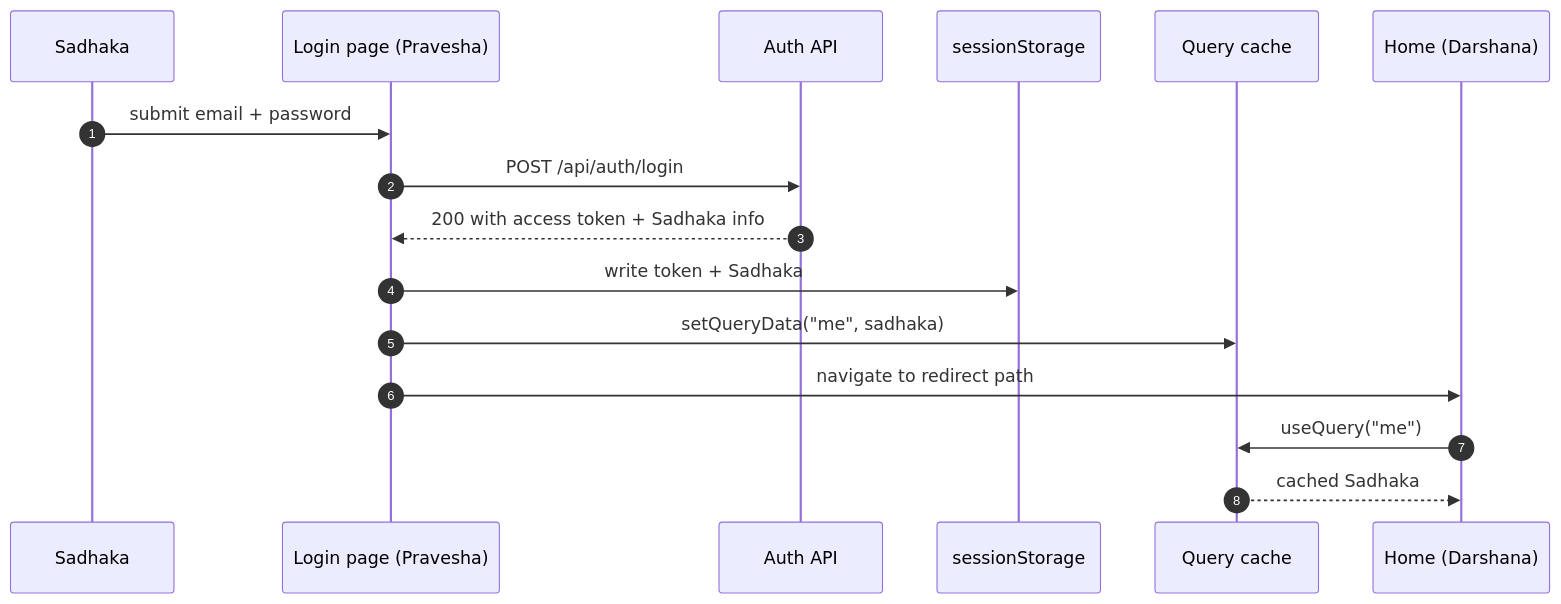
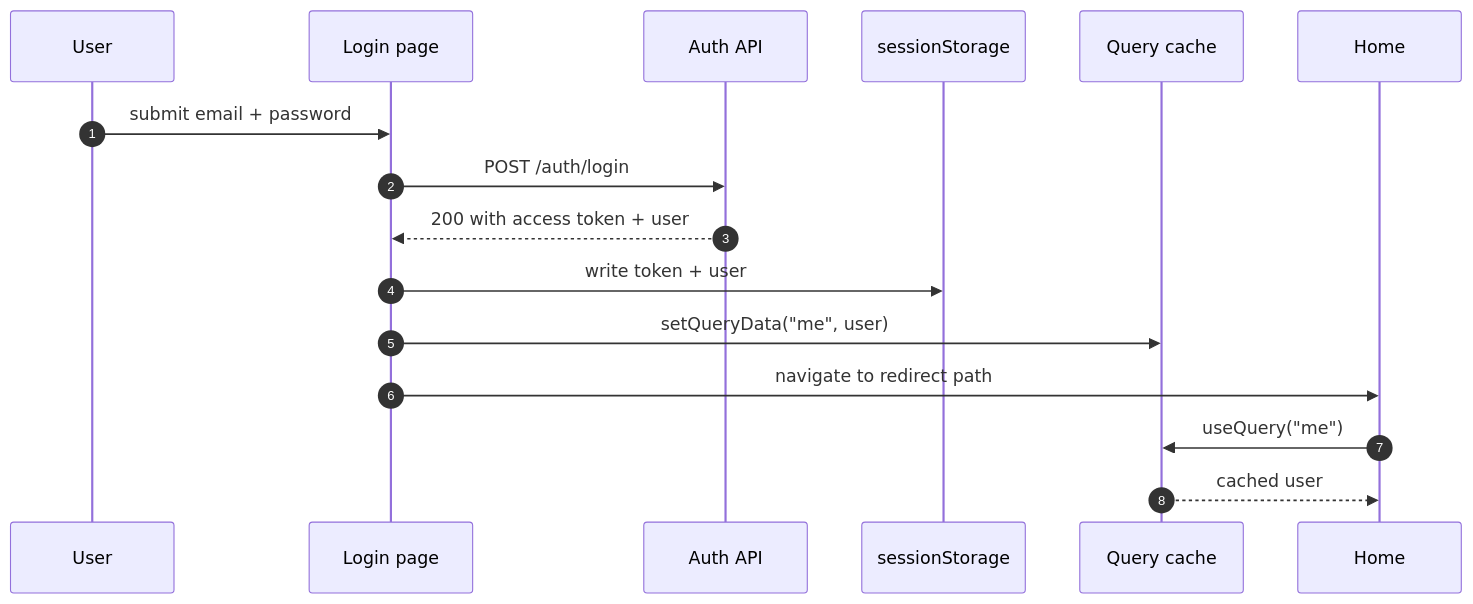
The second of 8 diagrams in documentation/src/04-Frontend-Architecture.md (so-weak/Aakaar), drawn with Mermaid before and after one commit. The commit also changed other lines of this file and 23 other files, not shown here.

````diff
--- a/documentation/src/04-Frontend-Architecture.md
+++ b/documentation/src/04-Frontend-Architecture.md
@@ -42,19 +45,19 @@
 ```mermaid
 sequenceDiagram
   autonumber
-  participant U as Sadhaka
-  participant L as Login page (Pravesha)
+  participant U as User
+  participant L as Login page
   participant A as Auth API
   participant S as sessionStorage
   participant Q as Query cache
-  participant H as Home (Darshana)
+  participant H as Home
 
   U->>L: submit email + password
-  L->>A: POST /api/auth/login
-  A-->>L: 200 with access token + Sadhaka info
-  L->>S: write token + Sadhaka
-  L->>Q: setQueryData("me", sadhaka)
+  L->>A: POST /auth/login
+  A-->>L: 200 with access token + user
+  L->>S: write token + user
+  L->>Q: setQueryData("me", user)
   L->>H: navigate to redirect path
   H->>Q: useQuery("me")
-  Q-->>H: cached Sadhaka
+  Q-->>H: cached user
 ```
````
